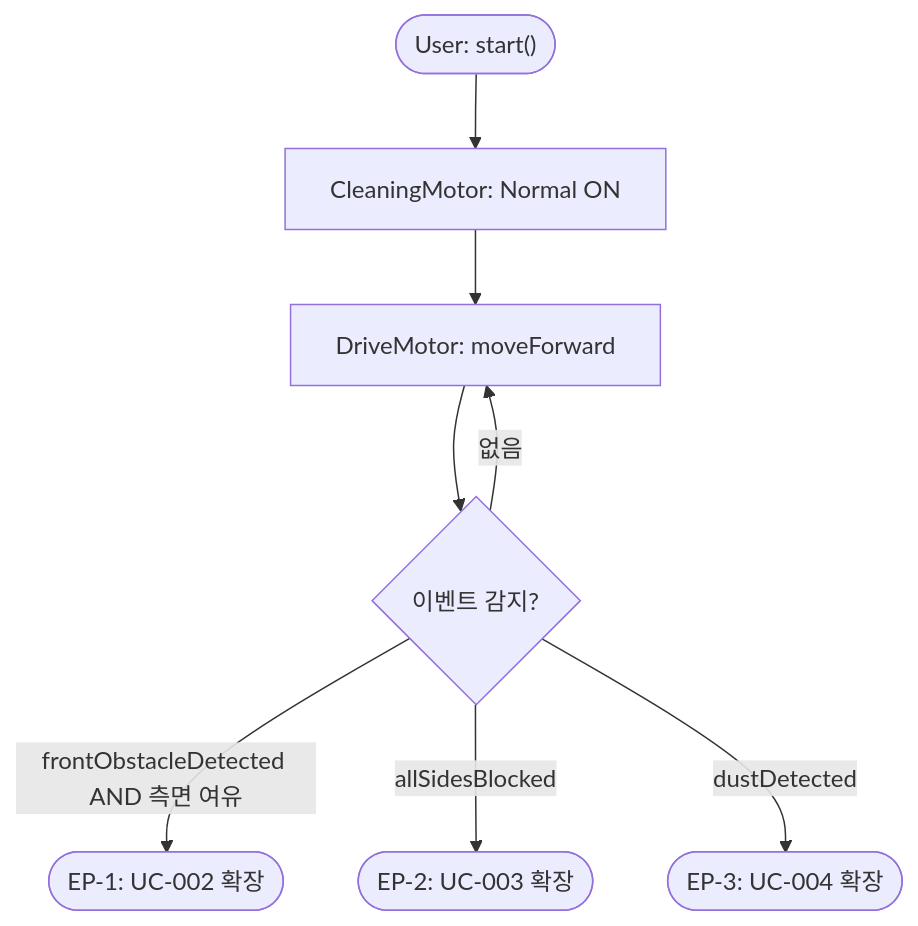
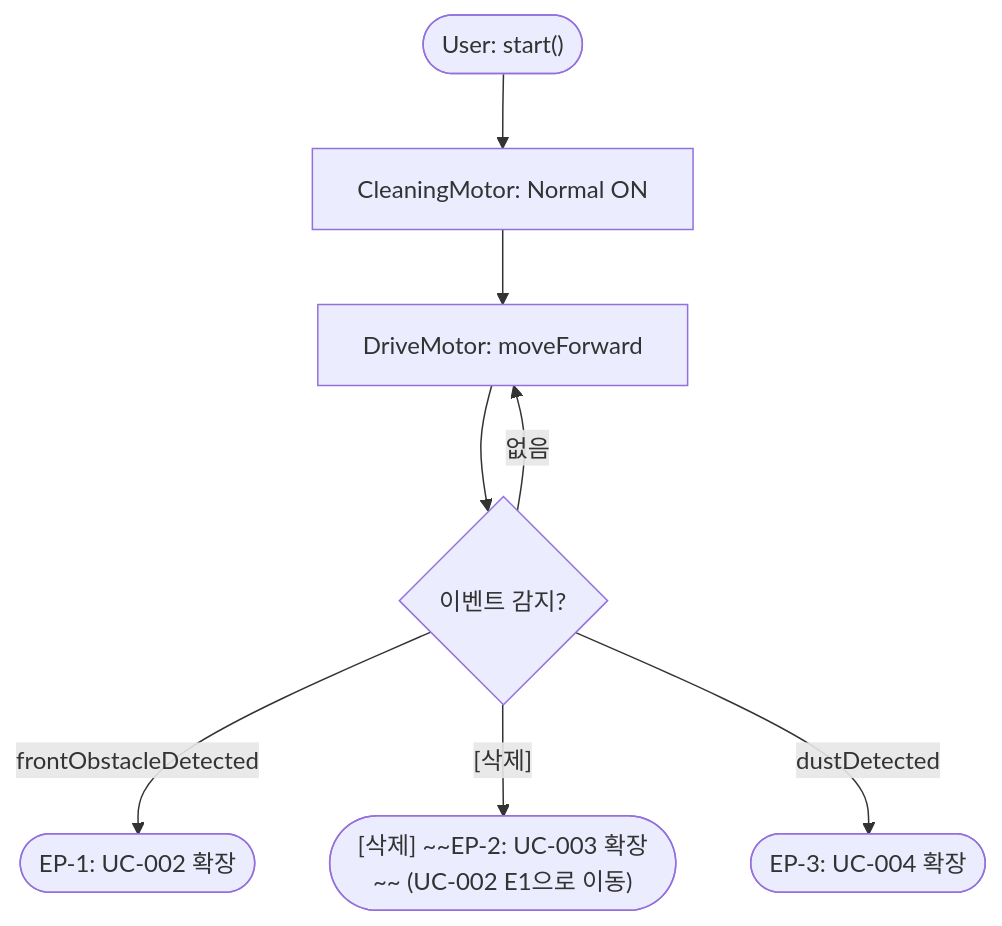
Before and after one commit to Jae-ah/RVC-CONTROLLER: the diagram in arch/usecases/UC-001.md, drawn with Mermaid. The commit also changed other lines of this file and 32 other files, not shown here.

````diff
--- a/arch/usecases/UC-001.md
+++ b/arch/usecases/UC-001.md
@@ -39,10 +39,10 @@
 ```mermaid
 flowchart TD
     Start(["User: start()"]) --> A[CleaningMotor: Normal ON]
     A --> B[DriveMotor: moveForward]
     B --> C{이벤트 감지?}
-    C -- frontObstacleDetected AND 측면 여유 --> EP1(["EP-1: UC-002 확장"])
-    C -- allSidesBlocked --> EP2(["EP-2: UC-003 확장"])
+    C -- frontObstacleDetected --> EP1(["EP-1: UC-002 확장"])
+    C -- "[삭제]" --> EP2(["[삭제] ~~EP-2: UC-003 확장~~ (UC-002 E1으로 이동)"])
     C -- dustDetected --> EP3(["EP-3: UC-004 확장"])
     C -- 없음 --> B
 ```
````
